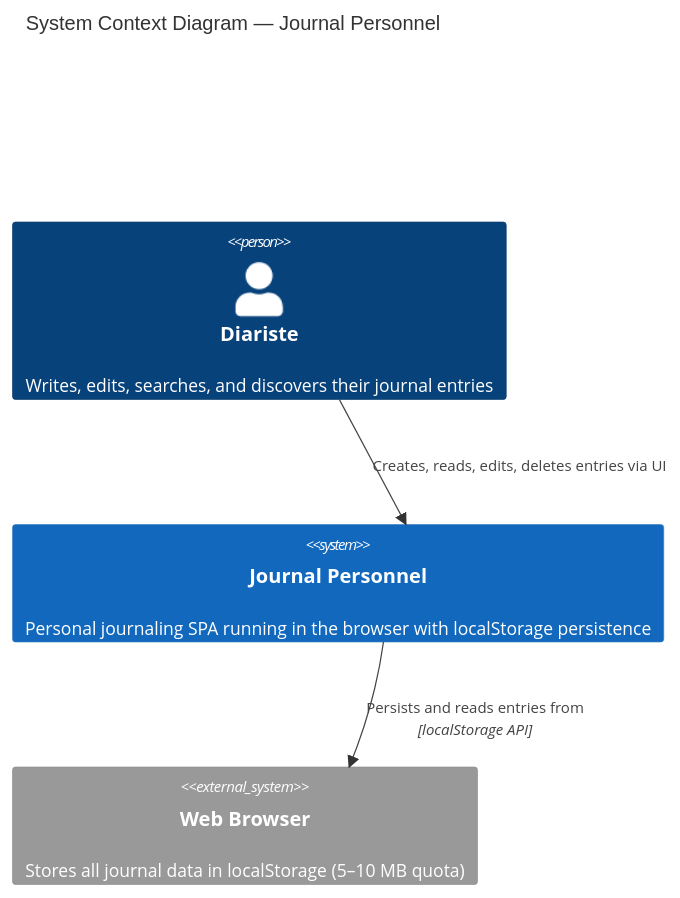
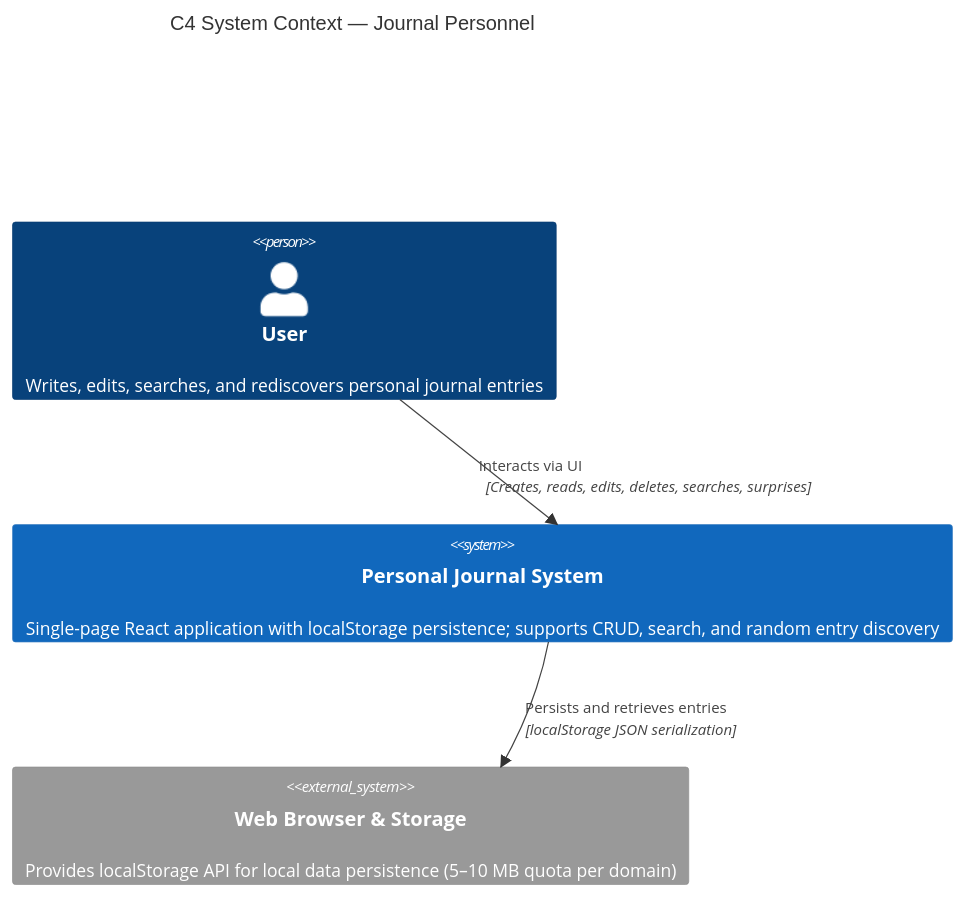
The diagram in apps/monjournal/docs/how/c4/system-context.md (dsissoko/oneticket-core), drawn with Mermaid before and after one commit. The commit also changed other lines of this file and 1 other file, not shown here.

````diff
--- a/apps/monjournal/docs/how/c4/system-context.md
+++ b/apps/monjournal/docs/how/c4/system-context.md
@@ -8,13 +9,13 @@
 ```mermaid
 C4Context
-  title System Context Diagram — Journal Personnel
+  title C4 System Context — Journal Personnel
 
-  Person(user, "Diariste", "Writes, edits, searches, and discovers their journal entries")
+  Person(user, "User", "Writes, edits, searches, and rediscovers personal journal entries")
   
-  System(app, "Journal Personnel", "Personal journaling SPA running in the browser with localStorage persistence")
+  System(journalSystem, "Personal Journal System", "Single-page React application with localStorage persistence; supports CRUD, search, and random entry discovery")
   
-  System_Ext(browser, "Web Browser", "Stores all journal data in localStorage (5–10 MB quota)")
+  System_Ext(browser, "Web Browser & Storage", "Provides localStorage API for local data persistence (5–10 MB quota per domain)")
 
-  Rel(user, app, "Creates, reads, edits, deletes entries via UI")
-  Rel(app, browser, "Persists and reads entries from", "localStorage API")
+  Rel(user, journalSystem, "Interacts via UI", "Creates, reads, edits, deletes, searches, surprises")
+  Rel(journalSystem, browser, "Persists and retrieves entries", "localStorage JSON serialization")
 ```
````
